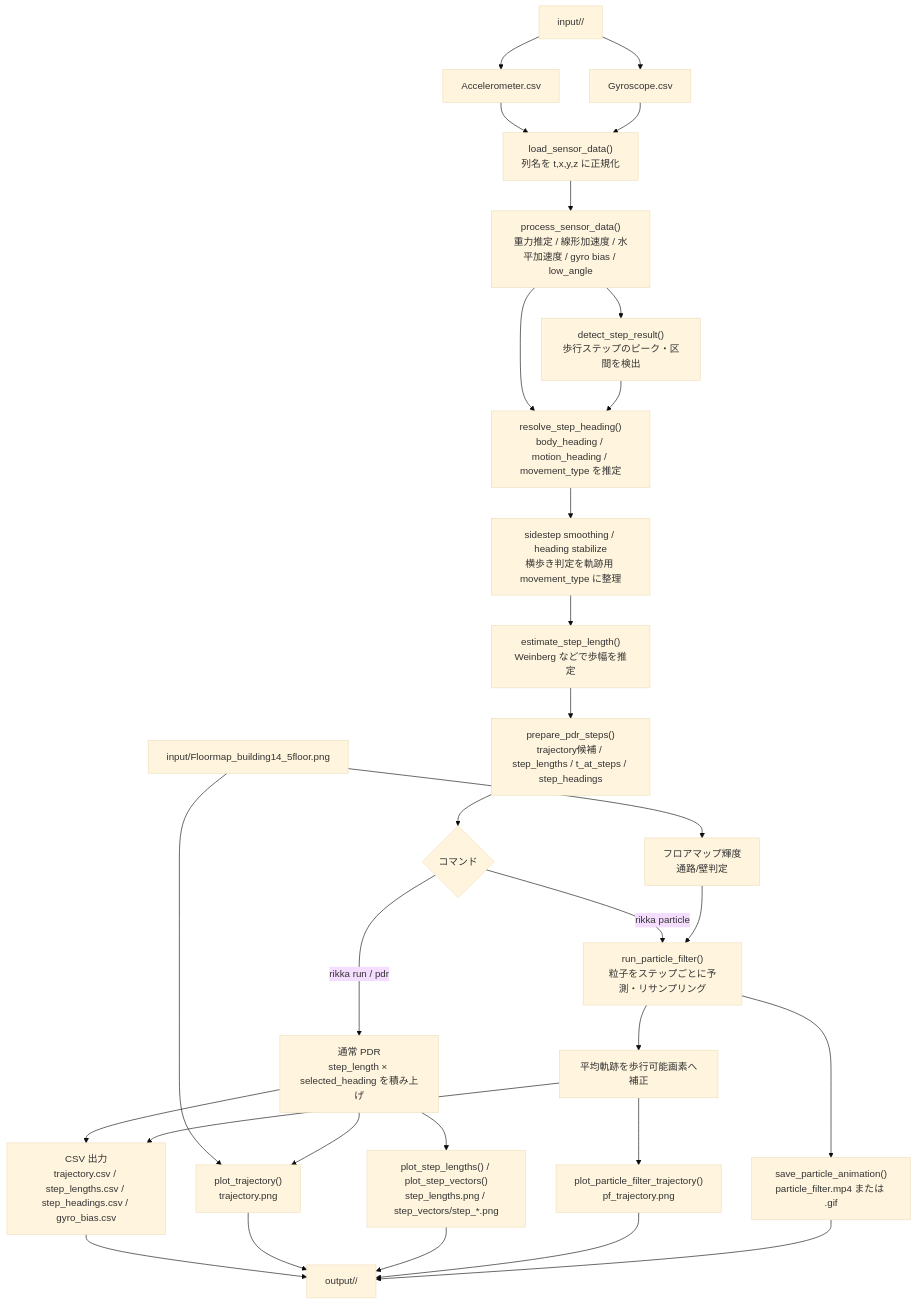
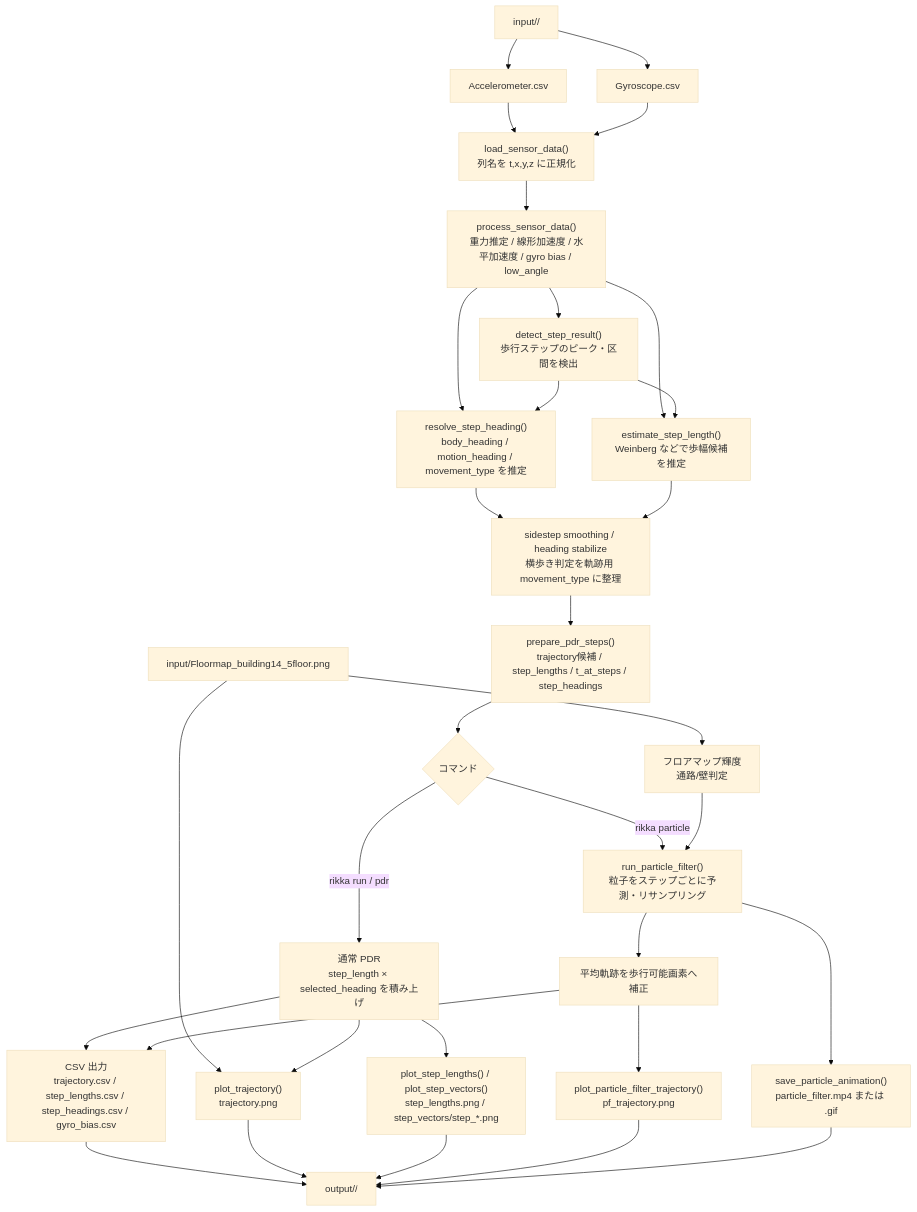
One commit to kajiLabTeam/rikka changed the first of 2 diagrams in README.md. Above: the diagram before and after it, drawn with Mermaid (base theme). The commit also changed other lines of this file and 23 other files, not shown here.

````diff
--- a/README.md
+++ b/README.md
@@ -104,39 +104,41 @@
 ```mermaid
 flowchart TD
     input_dir["input/<data_dir>/"] --> acc_csv["Accelerometer.csv"]
     input_dir --> gyro_csv["Gyroscope.csv"]
     floormap["input/Floormap_building14_5floor.png"] --> plot_pdr
     floormap --> pf_map
 
     acc_csv --> load["load_sensor_data()\n列名を t,x,y,z に正規化"]
     gyro_csv --> load
     load --> preprocess["process_sensor_data()\n重力推定 / 線形加速度 / 水平加速度 / gyro bias / low_angle"]
 
     preprocess --> step_detect["detect_step_result()\n歩行ステップのピーク・区間を検出"]
     preprocess --> heading["resolve_step_heading()\nbody_heading / motion_heading / movement_type を推定"]
     step_detect --> heading
+    preprocess --> step_length["estimate_step_length()\nWeinberg などで歩幅候補を推定"]
+    step_detect --> step_length
     heading --> sidestep["sidestep smoothing / heading stabilize\n横歩き判定を軌跡用 movement_type に整理"]
-    sidestep --> step_length["estimate_step_length()\nWeinberg などで歩幅を推定"]
-    step_length --> prepared["prepare_pdr_steps()\ntrajectory候補 / step_lengths / t_at_steps / step_headings"]
+    step_length --> sidestep
+    sidestep --> prepared["prepare_pdr_steps()\ntrajectory候補 / step_lengths / t_at_steps / step_headings"]
 
     prepared --> pdr_branch{"コマンド"}
     pdr_branch -->|rikka run / pdr| det_traj["通常 PDR\nstep_length × selected_heading を積み上げ"]
     pdr_branch -->|rikka particle| pf["run_particle_filter()\n粒子をステップごとに予測・リサンプリング"]
 
     pf_map["フロアマップ輝度\n通路/壁判定"] --> pf
     pf --> pf_snap["平均軌跡を歩行可能画素へ補正"]
 
     det_traj --> csv_common["CSV 出力\ntrajectory.csv / step_lengths.csv / step_headings.csv / gyro_bias.csv"]
     det_traj --> plot_pdr["plot_trajectory()\ntrajectory.png"]
     det_traj --> step_plots["plot_step_lengths() / plot_step_vectors()\nstep_lengths.png / step_vectors/step_*.png"]
 
     pf_snap --> csv_common
     pf_snap --> plot_pf["plot_particle_filter_trajectory()\npf_trajectory.png"]
     pf --> anim["save_particle_animation()\nparticle_filter.mp4 または .gif"]
 
     csv_common --> output_dir["output/<timestamp>/"]
     plot_pdr --> output_dir
     step_plots --> output_dir
     plot_pf --> output_dir
     anim --> output_dir
 ```
````
